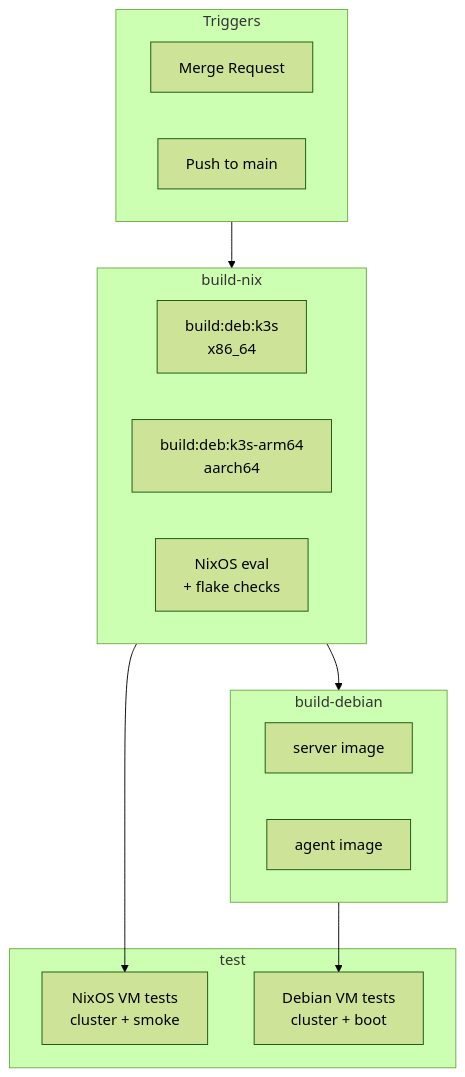
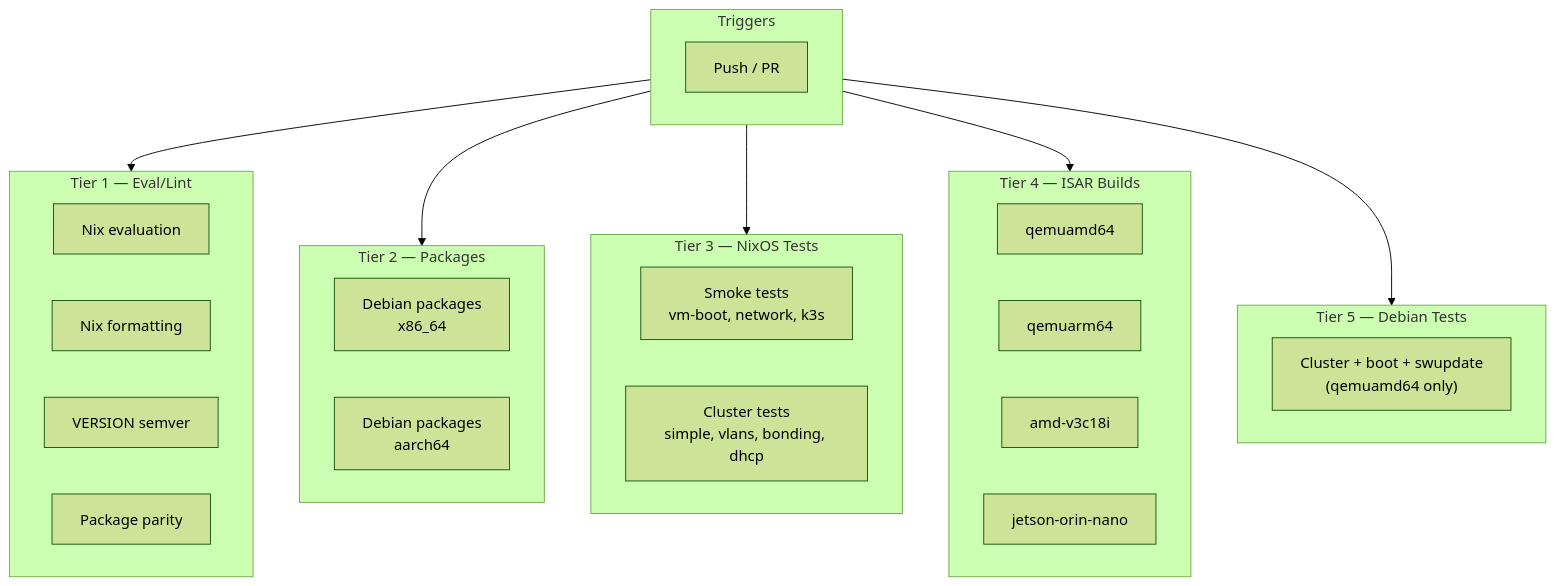
One commit to kyosaku-kai/n3x changed the second of 2 diagrams in README.md. Above: the diagram before and after it, drawn with Mermaid (forest theme). The commit also changed other lines of this file and 7 other files, not shown here.

````diff
--- a/README.md
+++ b/README.md
@@ -208,27 +210,36 @@
 ```mermaid
 flowchart TD
     subgraph triggers["Triggers"]
-        mr["Merge Request"]
-        main["Push to main"]
+        push["Push / PR"]
     end
 
-    subgraph nix_stage["build-nix"]
-        deb_x86["build:deb:k3s\nx86_64"]
-        deb_arm["build:deb:k3s-arm64\naarch64"]
-        nixos_eval["NixOS eval\n+ flake checks"]
+    subgraph tier1["Tier 1 — Eval/Lint"]
+        eval["Nix evaluation"]
+        fmt["Nix formatting"]
+        ver["VERSION semver"]
+        parity["Package parity"]
     end
 
-    subgraph debian_stage["build-debian"]
-        img_s["server image"]
-        img_a["agent image"]
+    subgraph tier2["Tier 2 — Packages"]
+        deb_x86["Debian packages\nx86_64"]
+        deb_arm["Debian packages\naarch64"]
     end
 
-    subgraph test_stage["test"]
-        vm_nixos["NixOS VM tests\ncluster + smoke"]
-        vm_debian["Debian VM tests\ncluster + boot"]
+    subgraph tier3["Tier 3 — NixOS Tests"]
+        smoke["Smoke tests\nvm-boot, network, k3s"]
+        cluster["Cluster tests\nsimple, vlans, bonding, dhcp"]
     end
 
-    triggers --> nix_stage
-    nix_stage --> debian_stage --> vm_debian
-    nix_stage --> vm_nixos
+    subgraph tier4["Tier 4 — ISAR Builds"]
+        qemu_amd["qemuamd64"]
+        qemu_arm["qemuarm64"]
+        v3c18i["amd-v3c18i"]
+        jetson["jetson-orin-nano"]
+    end
+
+    subgraph tier5["Tier 5 — Debian Tests"]
+        deb_test["Cluster + boot + swupdate\n(qemuamd64 only)"]
+    end
+
+    triggers --> tier1 & tier2 & tier3 & tier4 & tier5
 ```
````
